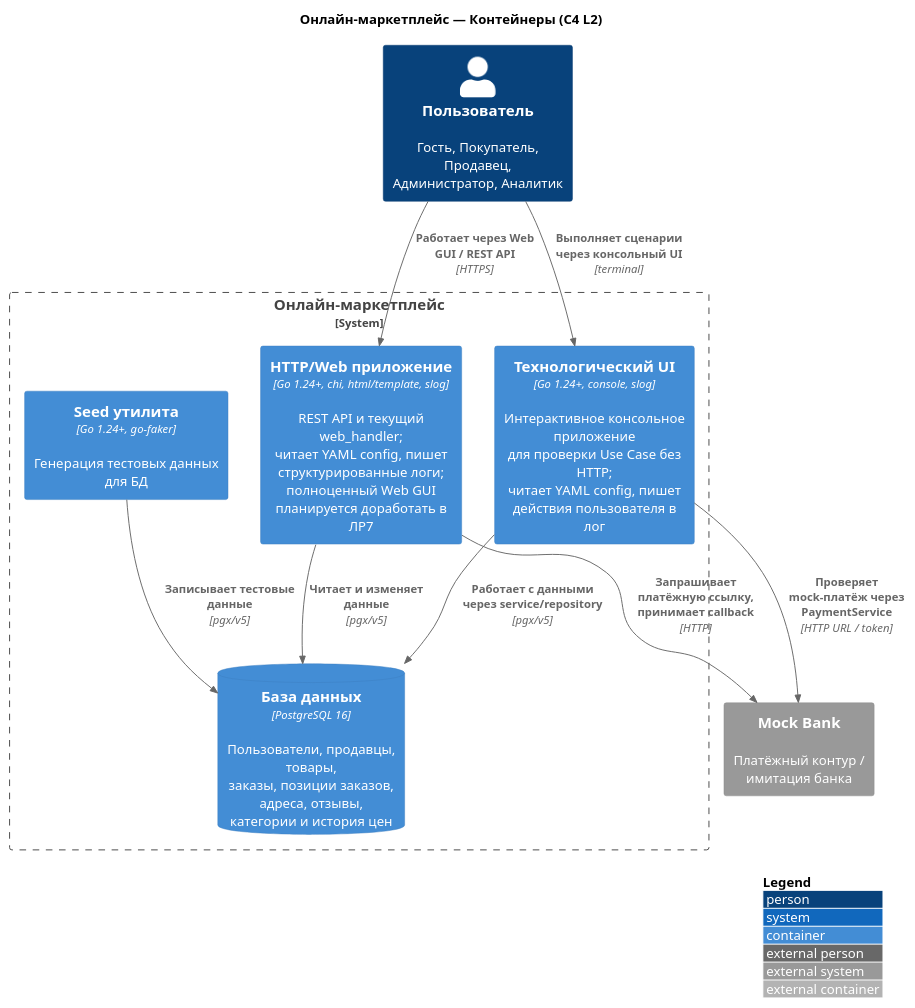
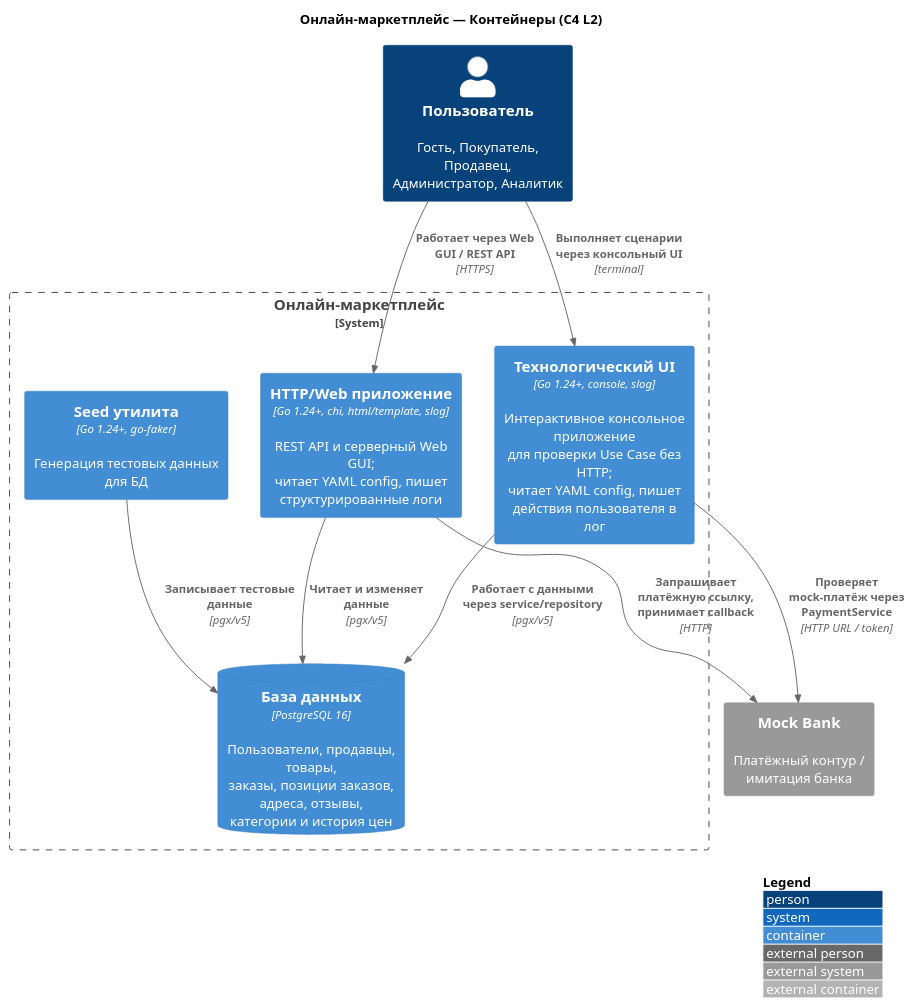
One commit to beastixq/marketplace changed the diagram in diagrams/src/C4_L2.puml. Above: the diagram before and after it, drawn with PlantUML. The commit also changed 20 other files, not shown here.

First line of the commit message:
feat(web): add MVC backoffice layer for GUI reports

```diff
--- a/diagrams/src/C4_L2.puml
+++ b/diagrams/src/C4_L2.puml
@@ -1,29 +1,29 @@
 @startuml C4_L2
 !include <C4/C4_Container>
 
 title Онлайн-маркетплейс — Контейнеры (C4 L2)
 
 Person(webUser, "Пользователь", "Гость, Покупатель, Продавец,\nАдминистратор, Аналитик")
 
 System_Ext(bank, "Mock Bank", "Платёжный контур / имитация банка")
 
 System_Boundary(marketplace, "Онлайн-маркетплейс") {
-    Container(api, "HTTP/Web приложение", "Go 1.24+, chi, html/template, slog", "REST API и текущий web_handler;\nчитает YAML config, пишет структурированные логи;\nполноценный Web GUI планируется доработать в ЛР7")
+    Container(api, "HTTP/Web приложение", "Go 1.24+, chi, html/template, slog", "REST API и серверный Web GUI;\nчитает YAML config, пишет структурированные логи")
     Container(techui, "Технологический UI", "Go 1.24+, console, slog", "Интерактивное консольное приложение\nдля проверки Use Case без HTTP;\nчитает YAML config, пишет действия пользователя в лог")
     Container(seed, "Seed утилита", "Go 1.24+, go-faker", "Генерация тестовых данных для БД")
     ContainerDb(postgres, "База данных", "PostgreSQL 16", "Пользователи, продавцы, товары,\nзаказы, позиции заказов, адреса, отзывы,\nкатегории и история цен")
 }
 
 Rel(webUser, api, "Работает через Web GUI / REST API", "HTTPS")
 Rel(webUser, techui, "Выполняет сценарии через консольный UI", "terminal")
 
 Rel(api, postgres, "Читает и изменяет данные", "pgx/v5")
 Rel(techui, postgres, "Работает с данными через service/repository", "pgx/v5")
 Rel(seed, postgres, "Записывает тестовые данные", "pgx/v5")
 
 Rel(api, bank, "Запрашивает платёжную ссылку, принимает callback", "HTTP")
 Rel(techui, bank, "Проверяет mock-платёж через PaymentService", "HTTP URL / token")
 
 LAYOUT_WITH_LEGEND()
 
 @enduml
```
